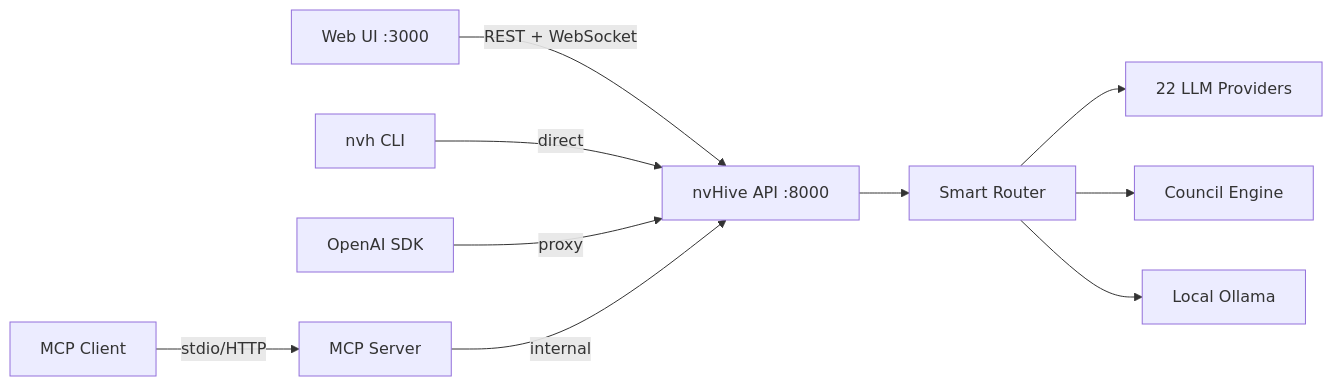
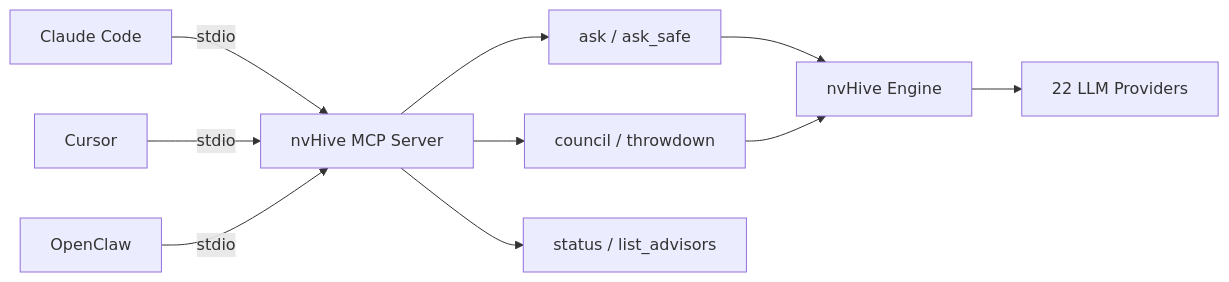
Before and after one commit to thatcooperguy/nvHive: the first of 3 diagrams in README.md, drawn with Mermaid. The commit also changed other lines of this file, not shown here.

First line of the commit message:
Update README: architecture diagrams, stats, and v0.2.0 badges

````diff
--- a/README.md
+++ b/README.md
@@ -595,12 +439,12 @@
 ```mermaid
 graph LR
-    A[Web UI :3000] -->|REST + WebSocket| B[nvHive API :8000]
-    C[nvh CLI] -->|direct| B
-    D[OpenAI SDK] -->|proxy| B
-    E[MCP Client] -->|stdio/HTTP| F[MCP Server]
-    F -->|internal| B
-    B --> G[Smart Router]
-    G --> H[22 LLM Providers]
-    G --> I[Council Engine]
-    G --> J[Local Ollama]
+    CC[Claude Code] -->|stdio| MCP[nvHive MCP Server]
+    CU[Cursor] -->|stdio| MCP
+    OC[OpenClaw] -->|stdio| MCP
+    MCP --> ASK[ask / ask_safe]
+    MCP --> CON[council / throwdown]
+    MCP --> SYS[status / list_advisors]
+    ASK --> ENGINE[nvHive Engine]
+    CON --> ENGINE
+    ENGINE --> PROVIDERS[22 LLM Providers]
 ```
````
